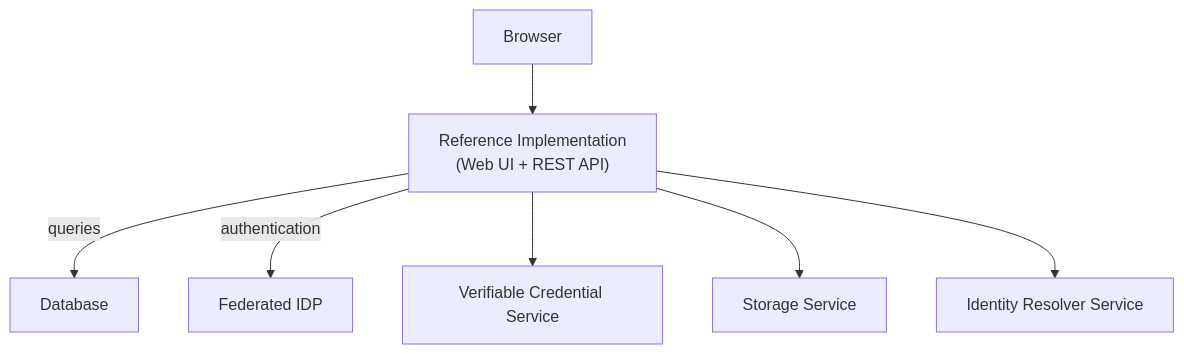
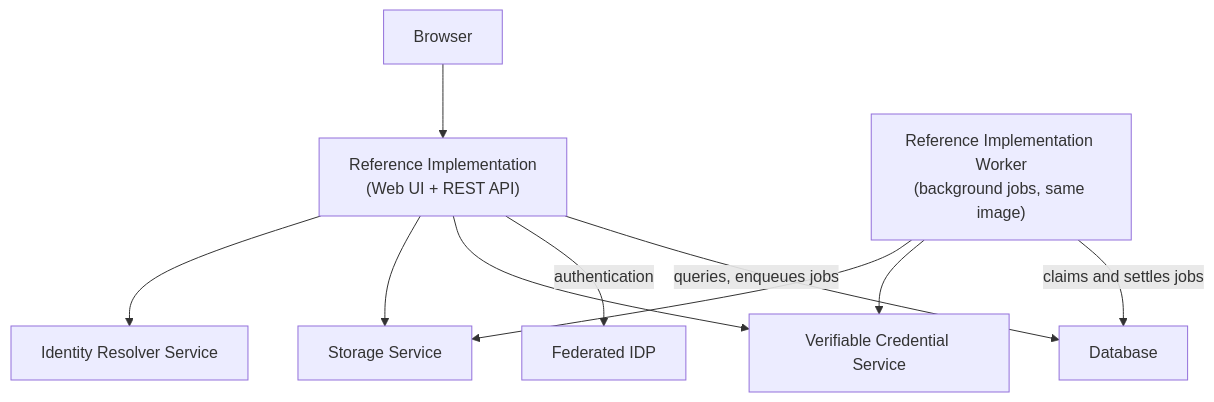
Before and after one commit to uncefact/tests-untp: the diagram in documentation/docs/reference-implementation/system-architecture.md, drawn with Mermaid. The commit also changed other lines of this file and 48 other files, not shown here.

Commit message:
feat(ri): run the background worker as a second container from the reference implementation image (#1002)

````diff
--- a/documentation/docs/reference-implementation/system-architecture.md
+++ b/documentation/docs/reference-implementation/system-architecture.md
@@ -16,18 +16,22 @@
 ```mermaid
 graph TB
     Browser["Browser"]
     RI["Reference Implementation\n(Web UI + REST API)"]
+    Worker["Reference Implementation Worker\n(background jobs, same image)"]
     DB["Database"]
     KC["Federated IDP"]
 
     VC["Verifiable Credential Service"]
     Storage["Storage Service"]
     IDR["Identity Resolver Service"]
 
     Browser --> RI
-    RI -->|"queries"| DB
+    RI -->|"queries, enqueues jobs"| DB
+    Worker -->|"claims and settles jobs"| DB
+    Worker --> VC
+    Worker --> Storage
     RI -->|"authentication"| KC
     RI --> VC
     RI --> Storage
     RI --> IDR
 ```
````
